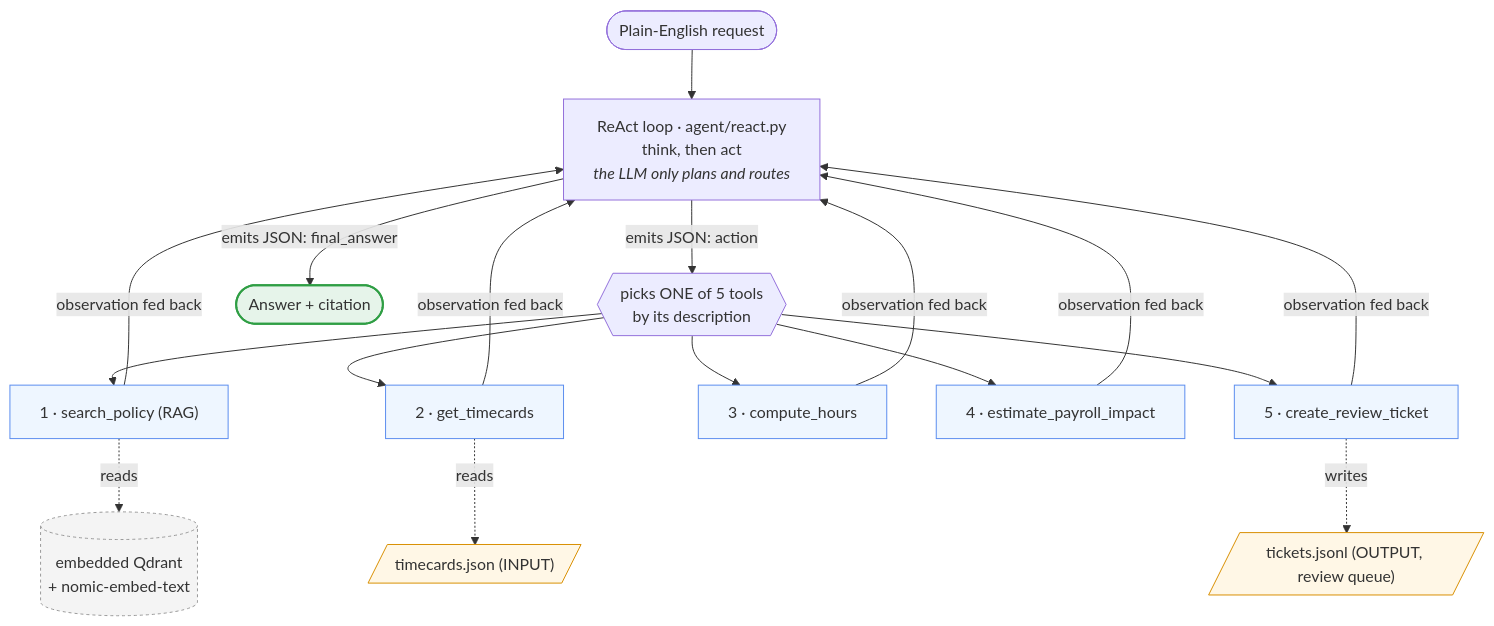
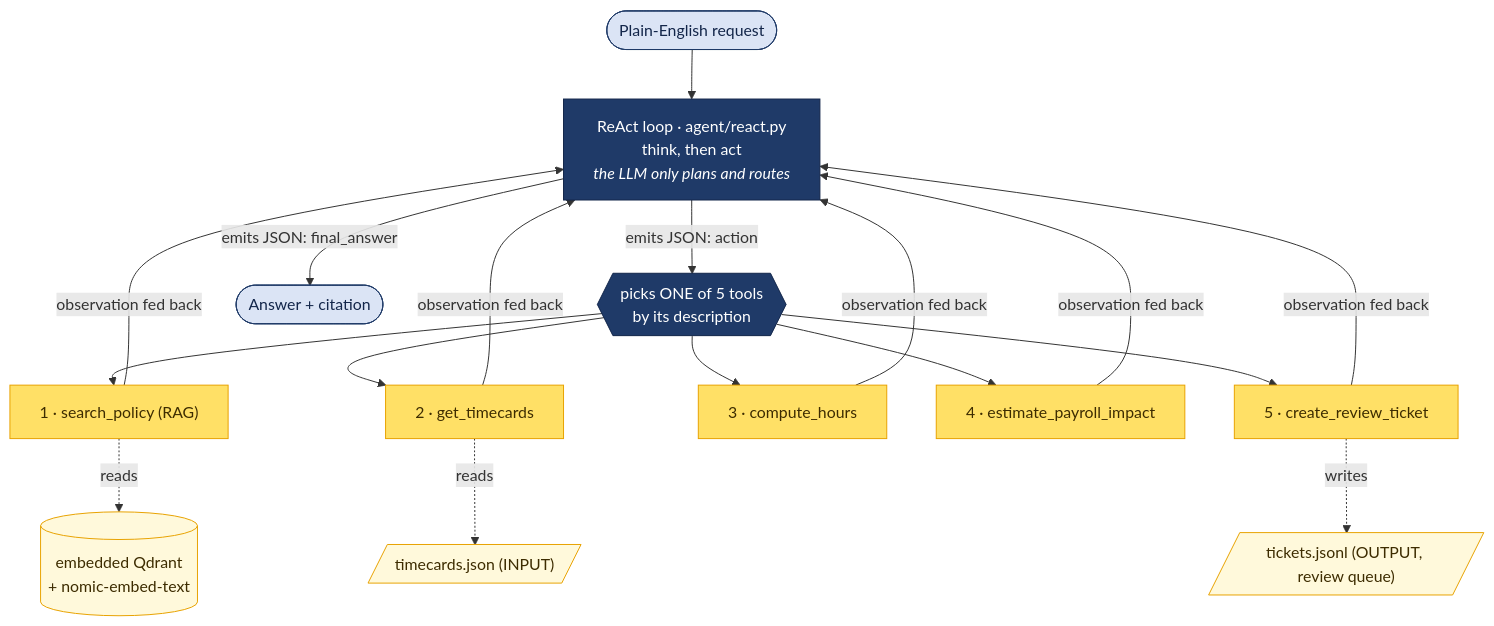
The first of 4 diagrams in README.md (2015pushkar/shiftguard_agent_v1), drawn with Mermaid before and after one commit. The commit also changed other lines of this file, not shown here.

Commit message:
docs: Enhance README with updated Mermaid diagrams and future scope for productionizing

````diff
--- a/README.md
+++ b/README.md
@@ -22,27 +22,27 @@
 ```mermaid
 flowchart TD
     U(["Plain-English request"]) --> A["ReAct loop · agent/react.py<br/>think, then act<br/><i>the LLM only plans and routes</i>"]
     A -->|"emits JSON: action"| R{{"picks ONE of 5 tools<br/>by its description"}}
     A -->|"emits JSON: final_answer"| OUT(["Answer + citation"])
 
     R --> T1["1 · search_policy (RAG)"]
     R --> T2["2 · get_timecards"]
     R --> T3["3 · compute_hours"]
     R --> T4["4 · estimate_payroll_impact"]
     R --> T5["5 · create_review_ticket"]
 
     T1 & T2 & T3 & T4 & T5 -->|observation fed back| A
 
     T1 -. reads .-> QD[("embedded Qdrant<br/>+ nomic-embed-text")]
     T2 -. reads .-> JS[/"timecards.json (INPUT)"/]
     T5 -. writes .-> TK[/"tickets.jsonl (OUTPUT, review queue)"/]
 
-    classDef tool fill:#eef6ff,stroke:#5b8def;
-    classDef store fill:#f4f4f4,stroke:#999,stroke-dasharray:3 3;
-    classDef io fill:#fff7e6,stroke:#d98f00;
-    classDef answer fill:#e6f4ea,stroke:#2f9e44,stroke-width:2px;
-    class T1,T2,T3,T4,T5 tool;
-    class QD store;
-    class JS,TK io;
-    class OUT answer;
+    classDef navy fill:#1f3a68,stroke:#13264a,color:#ffffff;
+    classDef navyLite fill:#dbe4f5,stroke:#1f3a68,color:#13264a;
+    classDef gold fill:#ffe066,stroke:#e8a200,color:#3d2c00;
+    classDef goldLite fill:#fff9db,stroke:#e8a200,color:#3d2c00;
+    class A,R navy;
+    class U,OUT navyLite;
+    class T1,T2,T3,T4,T5 gold;
+    class QD,JS,TK goldLite;
 ```
````
